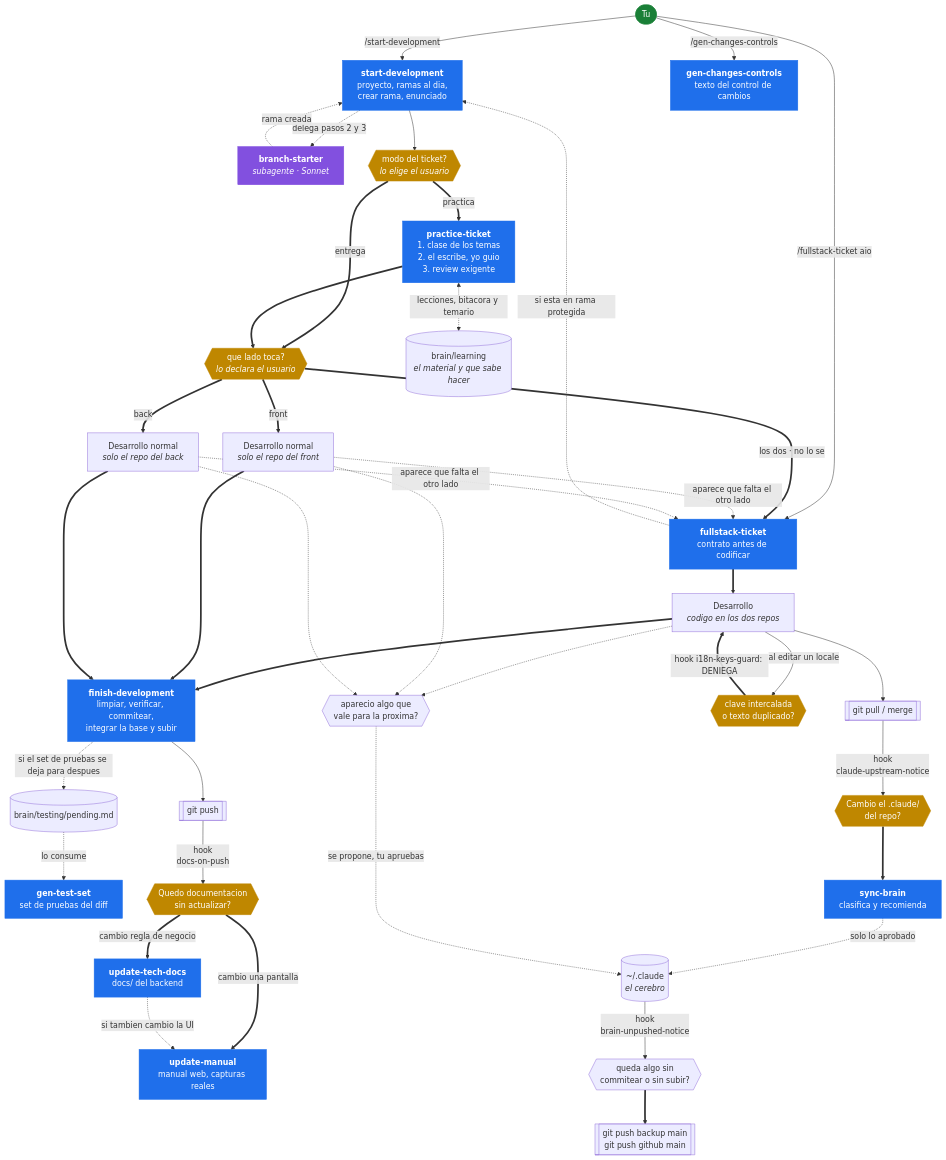
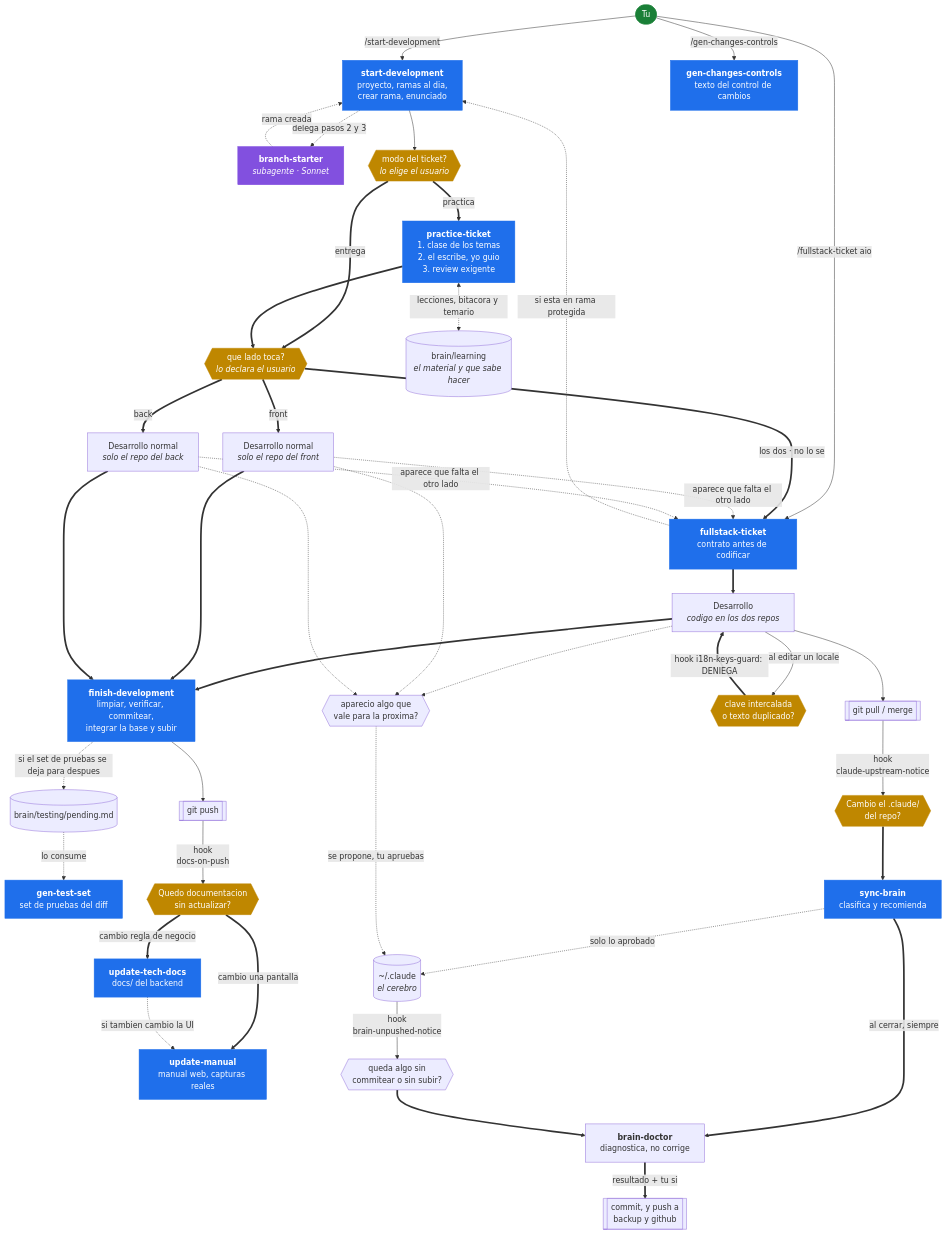
The diagram in FLUJO.md (fabianOrtega501/cerebro_claude), drawn with Mermaid before and after one commit. The commit also changed other lines of this file and 32 other files, not shown here.

````diff
--- a/FLUJO.md
+++ b/FLUJO.md
@@ -27,63 +27,65 @@
 ```mermaid
 flowchart TD
     U(["Tu"]) -->|"/start-development"| SD["<b>start-development</b><br/>proyecto, ramas al dia,<br/>crear rama, enunciado"]
     U -->|"/fullstack-ticket aio"| FT
     U -->|"/gen-changes-controls"| GC["<b>gen-changes-controls</b><br/>texto del control de cambios"]
 
     SD -.->|"delega pasos 2 y 3"| BS["<b>branch-starter</b><br/><i>subagente · Sonnet</i>"]
     BS -.->|"rama creada"| SD
 
     SD --> M{{"modo del ticket?<br/><i>lo elige el usuario</i>"}}
     M ==>|"entrega"| Q
     M ==>|"practica"| PT["<b>practice-ticket</b><br/>1. clase de los temas<br/>2. el escribe, yo guio<br/>3. review exigente"]
     PT ==> Q
     PT <-.->|"lecciones, bitacora y temario"| LRN[("brain/learning<br/><i>el material y que sabe hacer</i>")]
 
     Q{{"que lado toca?<br/><i>lo declara el usuario</i>"}}
     Q ==>|"front"| DEVF["Desarrollo normal<br/><i>solo el repo del front</i>"]
     Q ==>|"back"| DEVB["Desarrollo normal<br/><i>solo el repo del back</i>"]
     Q ==>|"los dos · no lo se"| FT["<b>fullstack-ticket</b><br/>contrato antes de codificar"]
     DEVF -.->|"aparece que falta el otro lado"| FT
     DEVB -.->|"aparece que falta el otro lado"| FT
     FT -.->|"si esta en rama protegida"| SD
 
     FT ==> DEV["Desarrollo<br/><i>codigo en los dos repos</i>"]
 
     DEV ==> FD["<b>finish-development</b><br/>limpiar, verificar, commitear,<br/>integrar la base y subir"]
     DEVF ==> FD
     DEVB ==> FD
     FD -.->|"si el set de pruebas se deja para despues"| PEND[("brain/testing/pending.md")]
     PEND -.->|"lo consume"| GTS["<b>gen-test-set</b><br/>set de pruebas del diff"]
 
     FD --> PUSH[["git push"]]
     DEV --> PULL[["git pull / merge"]]
     DEV -->|"al editar un locale"| H0{{"clave intercalada<br/>o texto duplicado?"}}
     H0 ==>|"hook i18n-keys-guard: DENIEGA"| DEV
 
     PUSH -->|"hook<br/>docs-on-push"| H1{{"Quedo documentacion<br/>sin actualizar?"}}
     H1 ==>|"cambio regla de negocio"| UTD["<b>update-tech-docs</b><br/>docs/ del backend"]
     H1 ==>|"cambio una pantalla"| UM["<b>update-manual</b><br/>manual web, capturas reales"]
 
     PULL -->|"hook<br/>claude-upstream-notice"| H2{{"Cambio el .claude/<br/>del repo?"}}
     H2 ==> SB["<b>sync-brain</b><br/>clasifica y recomienda"]
     SB -.->|"solo lo aprobado"| BRAIN[("~/.claude<br/><i>el cerebro</i>")]
+    SB ==>|"al cerrar, siempre"| DOC["<b>brain-doctor</b><br/>diagnostica, no corrige"]
 
     APR{{"aparecio algo que<br/>vale para la proxima?"}} -.->|"se propone, tu apruebas"| BRAIN
     DEV -.-> APR
     DEVF -.-> APR
     DEVB -.-> APR
 
     BRAIN -->|"hook<br/>brain-unpushed-notice"| H3{{"queda algo sin<br/>commitear o sin subir?"}}
-    H3 ==> RESP[["git push backup main<br/>git push github main"]]
+    H3 ==> DOC
+    DOC ==>|"resultado + tu si"| RESP[["commit, y push a<br/>backup y github"]]
 
     UTD -.->|"si tambien cambio la UI"| UM
 
     classDef skill fill:#1f6feb,stroke:#1f6feb,color:#fff
     classDef agent fill:#8250df,stroke:#8250df,color:#fff
     classDef hook fill:#bf8700,stroke:#bf8700,color:#fff
     classDef user fill:#1a7f37,stroke:#1a7f37,color:#fff
     class SD,FT,UM,UTD,SB,GC,PT,FD,GTS skill
     class BS agent
     class H1,H2,H0,Q,M hook
     class U user
 ```
````
